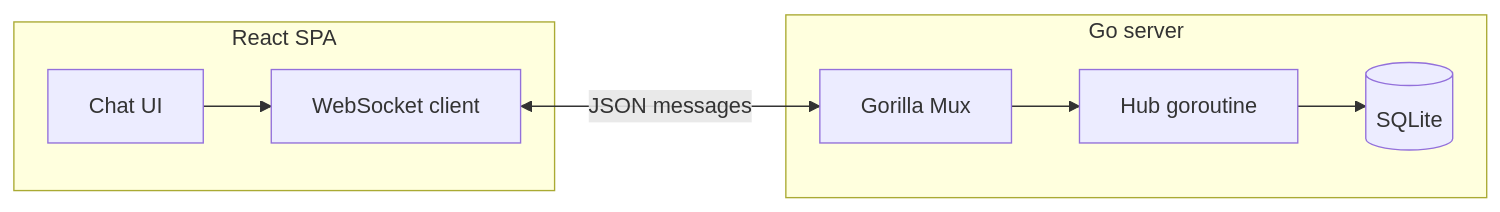
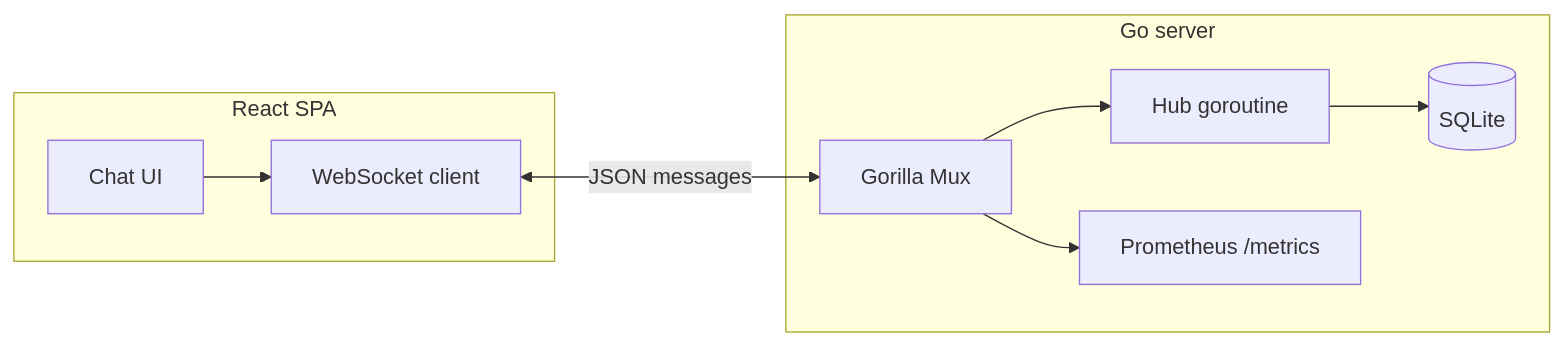
Before and after one commit to AlisinaDevelo/Chatster: the diagram in docs/ARCHITECTURE.md, drawn with Mermaid. The commit also changed other lines of this file and 3 other files, not shown here.

````diff
--- a/docs/ARCHITECTURE.md
+++ b/docs/ARCHITECTURE.md
@@ -7,16 +7,18 @@
 ```mermaid
 flowchart LR
   subgraph client [React SPA]
     UI[Chat UI]
     WSClient[WebSocket client]
   end
   subgraph server [Go server]
     Mux[Gorilla Mux]
     Hub[Hub goroutine]
     DB[(SQLite)]
+    Prom[Prometheus /metrics]
   end
   UI --> WSClient
   WSClient <-->|JSON messages| Mux
   Mux --> Hub
+  Mux --> Prom
   Hub --> DB
 ```
````
